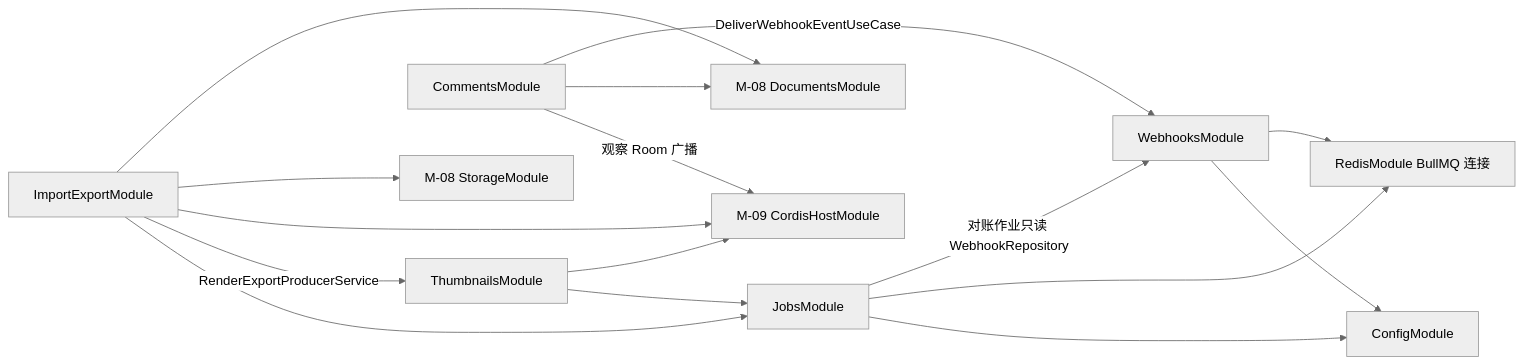
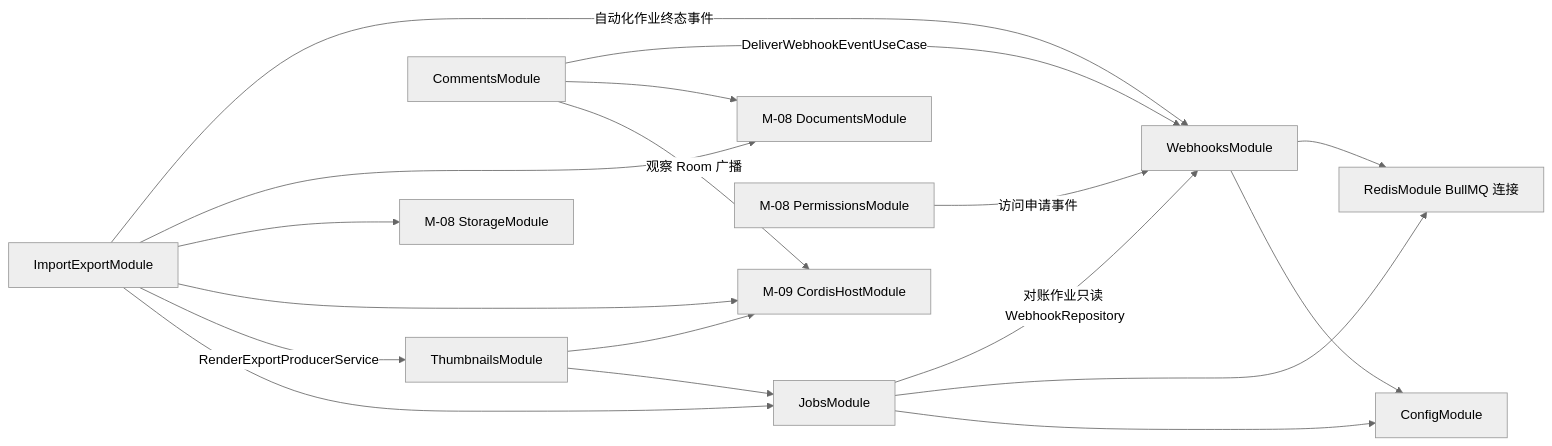
The sixth of 8 diagrams in docs/40-modules/12-server-jobs-comments-and-ops.md (Xeonice/cordis-ppt-editor), drawn with Mermaid (neutral theme) before and after one commit. The commit also changed other lines of this file and 43 other files, not shown here.

````diff
--- a/docs/40-modules/12-server-jobs-comments-and-ops.md
+++ b/docs/40-modules/12-server-jobs-comments-and-ops.md
@@ -348,28 +348,31 @@
 ```mermaid
 flowchart LR
 jobs["JobsModule"]
 webhooks["WebhooksModule"]
 importExport["ImportExportModule"]
 thumbnails["ThumbnailsModule"]
 comments["CommentsModule"]
 cordisHost["M-09 CordisHostModule"]
 storage["M-08 StorageModule"]
 documents["M-08 DocumentsModule"]
+permissions["M-08 PermissionsModule"]
 config["ConfigModule"]
 redis["RedisModule BullMQ 连接"]
 jobs --> config
 jobs --> redis
 webhooks --> config
 webhooks --> redis
 importExport --> jobs
 importExport -- "RenderExportProducerService" --> thumbnails
 importExport --> cordisHost
 importExport --> storage
 importExport --> documents
 thumbnails --> jobs
 thumbnails --> cordisHost
 comments -- "观察 Room 广播" --> cordisHost
 comments --> documents
 comments -- "DeliverWebhookEventUseCase" --> webhooks
+importExport -- "自动化作业终态事件" --> webhooks
+permissions -- "访问申请事件" --> webhooks
 jobs -- "对账作业只读 WebhookRepository" --> webhooks
 ```
````
